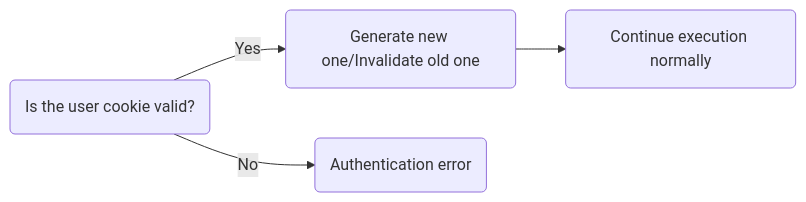
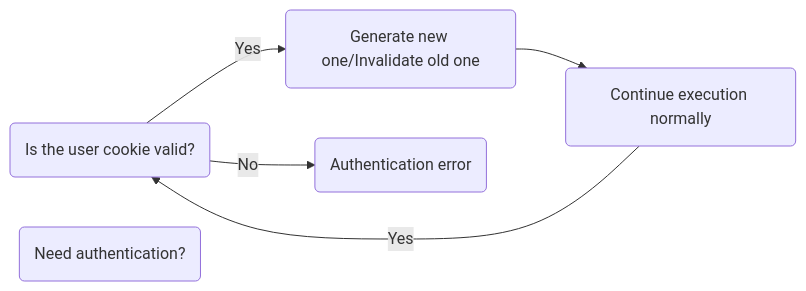
Before and after one commit to ed-henrique/suk: the diagram in README.md, drawn with Mermaid. The commit also changed other lines of this file and 4 other files, not shown here.

````diff
--- a/README.md
+++ b/README.md
@@ -5,11 +5,13 @@
 ```mermaid
 flowchart LR
     Q1(Is the user cookie valid?)
+    Q2(Need authentication?)
     P1(Generate new one/Invalidate old one)
     C1(Continue execution normally)
     C2(Authentication error)
 
     Q1-->|No|C2
     Q1-->|Yes|P1
     P1-->C1
+    C1-->|Yes|Q1
 ```
````
